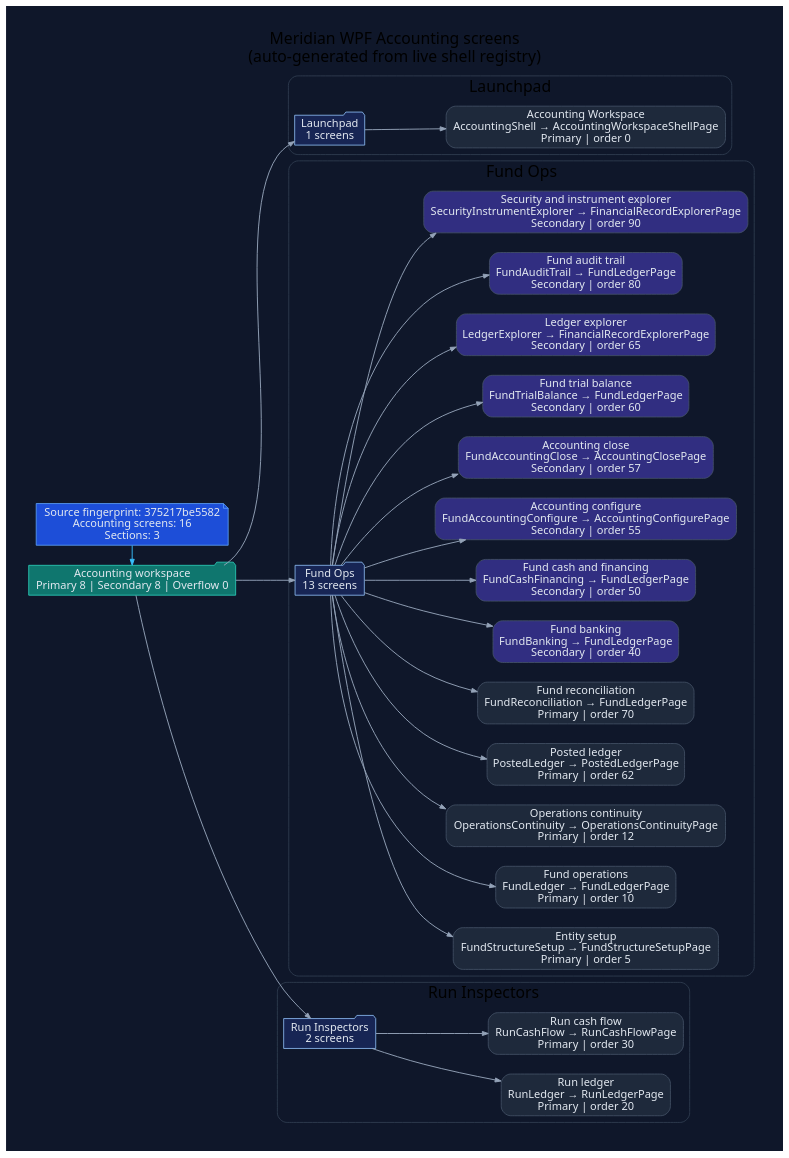
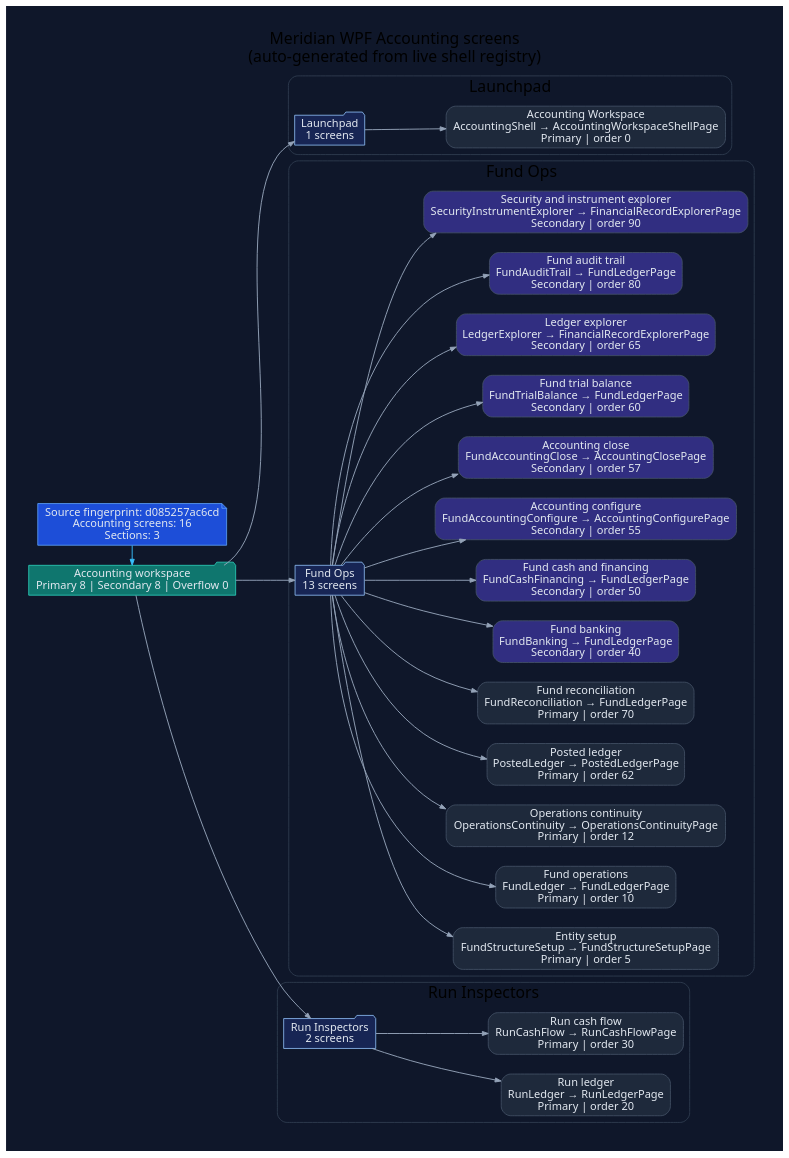
Before and after one commit to rodoHasArrived/Meridian-main: the diagram in docs/diagrams/ui-wpf-screens-accounting.dot, drawn with Graphviz. The commit also changed 191 other files, not shown here.

```diff
--- a/docs/diagrams/ui-wpf-screens-accounting.dot
+++ b/docs/diagrams/ui-wpf-screens-accounting.dot
@@ -1,82 +1,82 @@
 // -----------------------------------------------------------------------------
 // <auto-generated>
 // Generated by scripts/generate-diagrams.mjs.
 // Do not edit this file directly; update the WPF source files instead.
 // -----------------------------------------------------------------------------
 digraph WpfAccountingScreens {
   graph [
     rankdir=LR,
     labelloc=t,
     label="Meridian WPF Accounting screens\n(auto-generated from live shell registry)",
     fontname="Segoe UI",
     fontsize=20,
     pad=0.4,
     nodesep=0.35,
     ranksep=0.85,
     bgcolor="#0f172a"
   ];
   node [fontname="Segoe UI", shape=box, style="rounded,filled", color="#475569", fontcolor="#e2e8f0", fillcolor="#1e293b"];
   edge [fontname="Segoe UI", color="#94a3b8", penwidth=1.2, arrowsize=0.75];
 
-  generated [shape=note, fillcolor="#1d4ed8", color="#60a5fa", label="Source fingerprint: 375217be5582\nAccounting screens: 16\nSections: 3"];
+  generated [shape=note, fillcolor="#1d4ed8", color="#60a5fa", label="Source fingerprint: d085257ac6cd\nAccounting screens: 16\nSections: 3"];
   workspace [shape=folder, fillcolor="#0f766e", color="#2dd4bf", label="Accounting workspace\nPrimary 8 | Secondary 8 | Overflow 0"];
   generated -> workspace [color="#38bdf8"];
 
   subgraph cluster_section_1 {
     label="Launchpad";
     color="#334155";
     style="rounded";
     section_1 [shape=folder, fillcolor="#172554", color="#93c5fd", label="Launchpad\n1 screens"];
     workspace -> section_1;
     screen_AccountingShell [fillcolor="#1e293b", label="Accounting Workspace\nAccountingShell → AccountingWorkspaceShellPage\nPrimary | order 0"];
     section_1 -> screen_AccountingShell;
   }
 
   subgraph cluster_section_2 {
     label="Fund Ops";
     color="#334155";
     style="rounded";
     section_2 [shape=folder, fillcolor="#172554", color="#93c5fd", label="Fund Ops\n13 screens"];
     workspace -> section_2;
     screen_FundStructureSetup [fillcolor="#1e293b", label="Entity setup\nFundStructureSetup → FundStructureSetupPage\nPrimary | order 5"];
     section_2 -> screen_FundStructureSetup;
     screen_FundLedger [fillcolor="#1e293b", label="Fund operations\nFundLedger → FundLedgerPage\nPrimary | order 10"];
     section_2 -> screen_FundLedger;
     screen_OperationsContinuity [fillcolor="#1e293b", label="Operations continuity\nOperationsContinuity → OperationsContinuityPage\nPrimary | order 12"];
     section_2 -> screen_OperationsContinuity;
     screen_PostedLedger [fillcolor="#1e293b", label="Posted ledger\nPostedLedger → PostedLedgerPage\nPrimary | order 62"];
     section_2 -> screen_PostedLedger;
     screen_FundReconciliation [fillcolor="#1e293b", label="Fund reconciliation\nFundReconciliation → FundLedgerPage\nPrimary | order 70"];
     section_2 -> screen_FundReconciliation;
     screen_FundBanking [fillcolor="#312e81", label="Fund banking\nFundBanking → FundLedgerPage\nSecondary | order 40"];
     section_2 -> screen_FundBanking;
     screen_FundCashFinancing [fillcolor="#312e81", label="Fund cash and financing\nFundCashFinancing → FundLedgerPage\nSecondary | order 50"];
     section_2 -> screen_FundCashFinancing;
     screen_FundAccountingConfigure [fillcolor="#312e81", label="Accounting configure\nFundAccountingConfigure → AccountingConfigurePage\nSecondary | order 55"];
     section_2 -> screen_FundAccountingConfigure;
     screen_FundAccountingClose [fillcolor="#312e81", label="Accounting close\nFundAccountingClose → AccountingClosePage\nSecondary | order 57"];
     section_2 -> screen_FundAccountingClose;
     screen_FundTrialBalance [fillcolor="#312e81", label="Fund trial balance\nFundTrialBalance → FundLedgerPage\nSecondary | order 60"];
     section_2 -> screen_FundTrialBalance;
     screen_LedgerExplorer [fillcolor="#312e81", label="Ledger explorer\nLedgerExplorer → FinancialRecordExplorerPage\nSecondary | order 65"];
     section_2 -> screen_LedgerExplorer;
     screen_FundAuditTrail [fillcolor="#312e81", label="Fund audit trail\nFundAuditTrail → FundLedgerPage\nSecondary | order 80"];
     section_2 -> screen_FundAuditTrail;
     screen_SecurityInstrumentExplorer [fillcolor="#312e81", label="Security and instrument explorer\nSecurityInstrumentExplorer → FinancialRecordExplorerPage\nSecondary | order 90"];
     section_2 -> screen_SecurityInstrumentExplorer;
   }
 
   subgraph cluster_section_3 {
     label="Run Inspectors";
     color="#334155";
     style="rounded";
     section_3 [shape=folder, fillcolor="#172554", color="#93c5fd", label="Run Inspectors\n2 screens"];
     workspace -> section_3;
     screen_RunLedger [fillcolor="#1e293b", label="Run ledger\nRunLedger → RunLedgerPage\nPrimary | order 20"];
     section_3 -> screen_RunLedger;
     screen_RunCashFlow [fillcolor="#1e293b", label="Run cash flow\nRunCashFlow → RunCashFlowPage\nPrimary | order 30"];
     section_3 -> screen_RunCashFlow;
   }
 
   { rank=min; generated; workspace; }
 }
```
